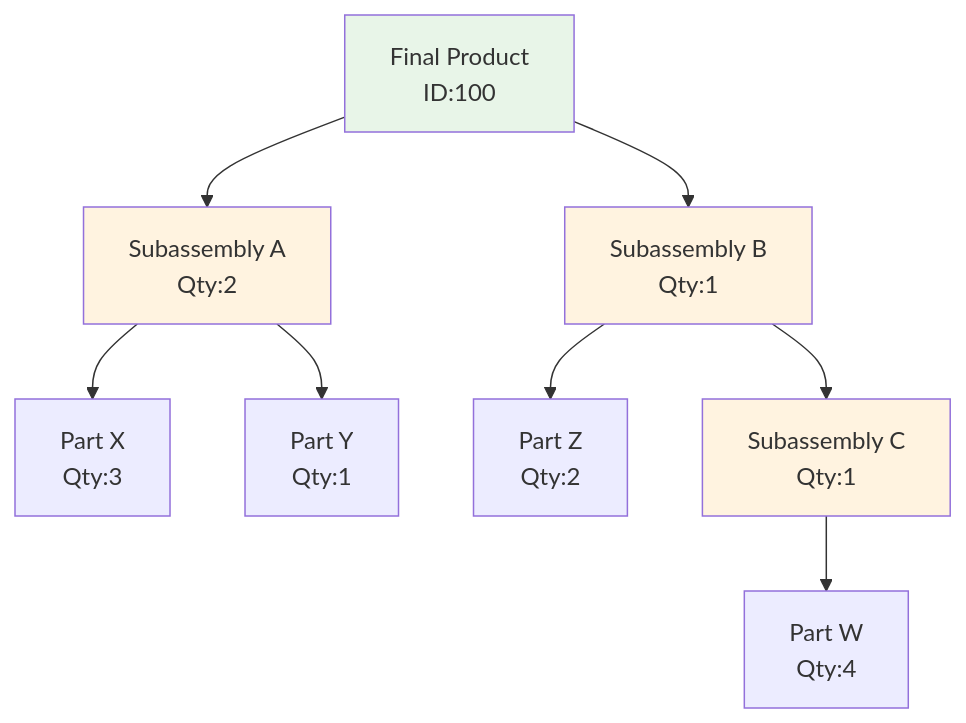
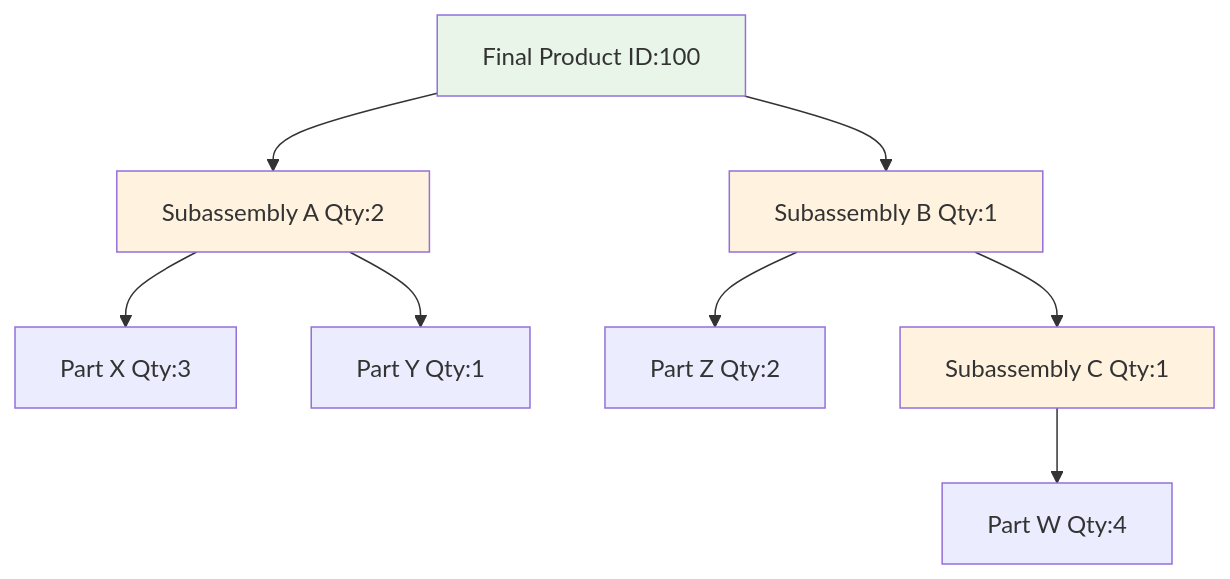
The third of 3 diagrams in advanced/1-recursive-ctes-and-hierarchies.md (basharArif/sql-learning-path), drawn with Mermaid before and after one commit. The commit also changed other lines of this file and 12 other files, not shown here.

Commit message:
Fix Mermaid diagrams in remaining files: Replace \n with spaces for proper rendering

````diff
--- a/advanced/1-recursive-ctes-and-hierarchies.md
+++ b/advanced/1-recursive-ctes-and-hierarchies.md
@@ -85,15 +85,15 @@
 ```mermaid
 graph TD
-    A[Final Product\nID:100] --> B[Subassembly A\nQty:2]
-    A --> C[Subassembly B\nQty:1]
-    B --> D[Part X\nQty:3]
-    B --> E[Part Y\nQty:1]
-    C --> F[Part Z\nQty:2]
-    C --> G[Subassembly C\nQty:1]
-    G --> H[Part W\nQty:4]
+    A[Final Product ID:100] --> B[Subassembly A Qty:2]
+    A --> C[Subassembly B Qty:1]
+    B --> D[Part X Qty:3]
+    B --> E[Part Y Qty:1]
+    C --> F[Part Z Qty:2]
+    C --> G[Subassembly C Qty:1]
+    G --> H[Part W Qty:4]
     
     style A fill:#e8f5e8
     style B fill:#fff3e0
     style C fill:#fff3e0
     style G fill:#fff3e0
 ```
````
